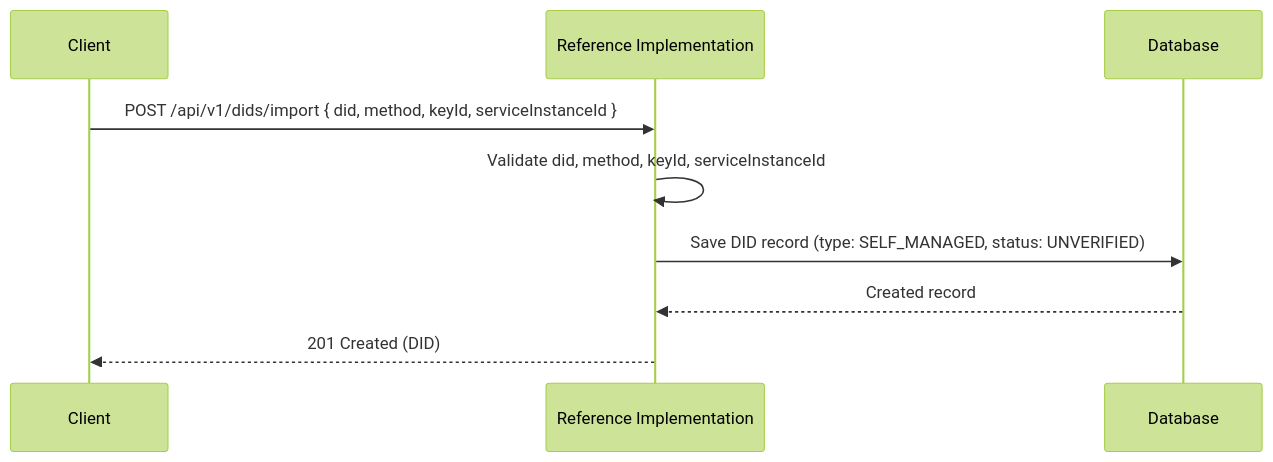
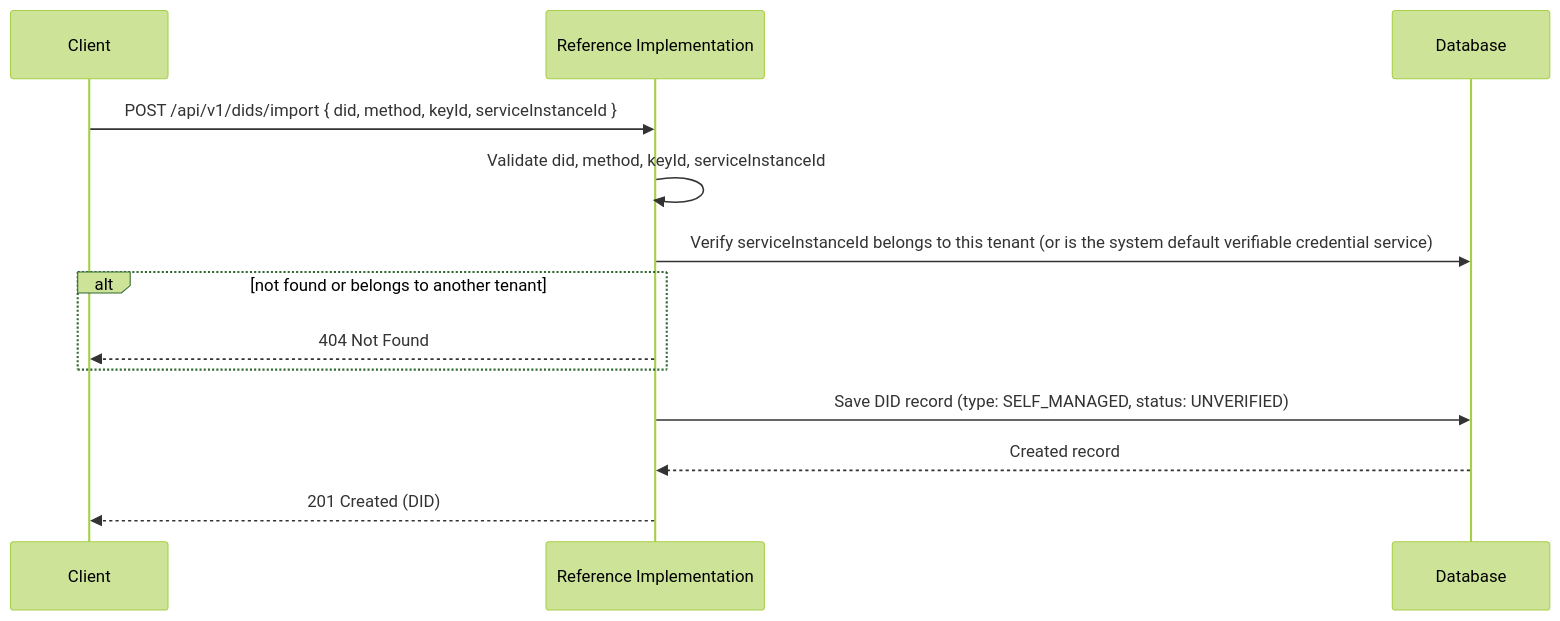
Before and after one commit to uncefact/tests-untp: the fifth of 5 diagrams in documentation/docs/reference-implementation/api/dids.md, drawn with Mermaid (forest theme). The commit also changed other lines of this file and 17 other files, not shown here.

````diff
--- a/documentation/docs/reference-implementation/api/dids.md
+++ b/documentation/docs/reference-implementation/api/dids.md
@@ -302,12 +350,16 @@
 ```mermaid
 sequenceDiagram
     participant Client
     participant RI as Reference Implementation
     participant DB as Database
 
     Client->>RI: POST /api/v1/dids/import { did, method, keyId, serviceInstanceId }
     RI->>RI: Validate did, method, keyId, serviceInstanceId
+    RI->>DB: Verify serviceInstanceId belongs to this tenant (or is the system default verifiable credential service)
+    alt not found or belongs to another tenant
+        RI-->>Client: 404 Not Found
+    end
     RI->>DB: Save DID record (type: SELF_MANAGED, status: UNVERIFIED)
     DB-->>RI: Created record
     RI-->>Client: 201 Created (DID)
 ```
````
